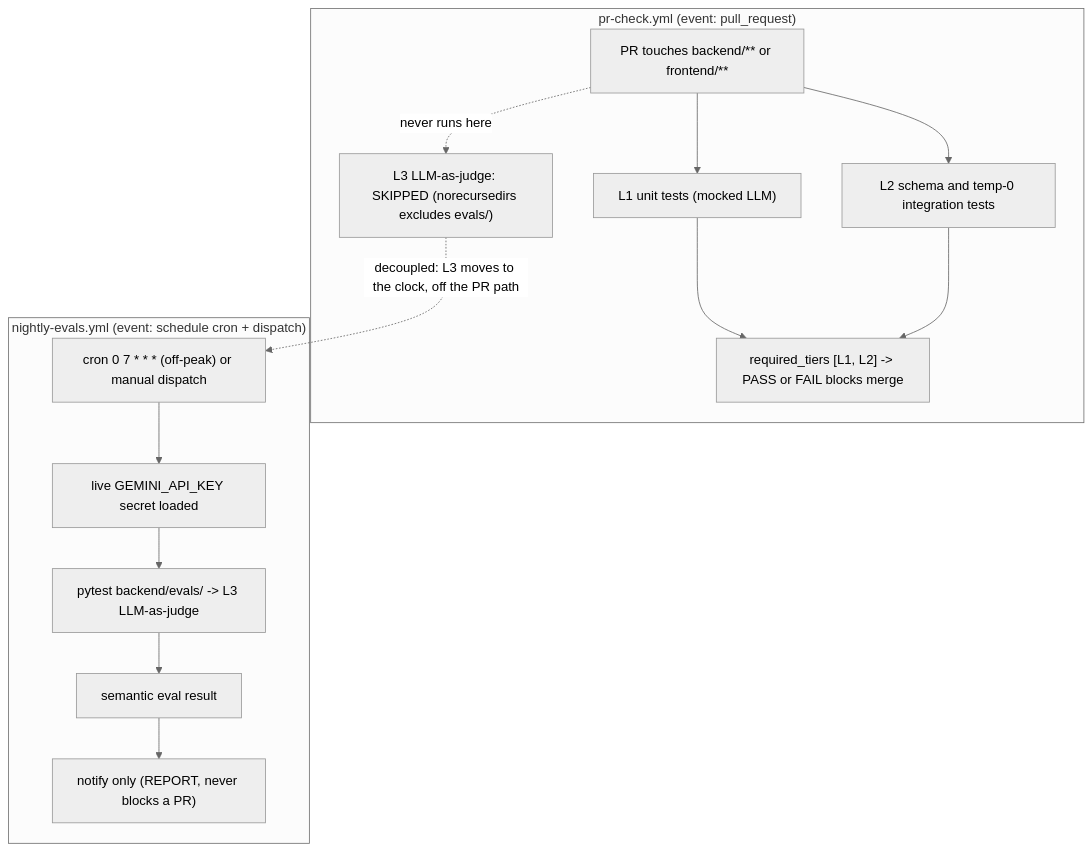
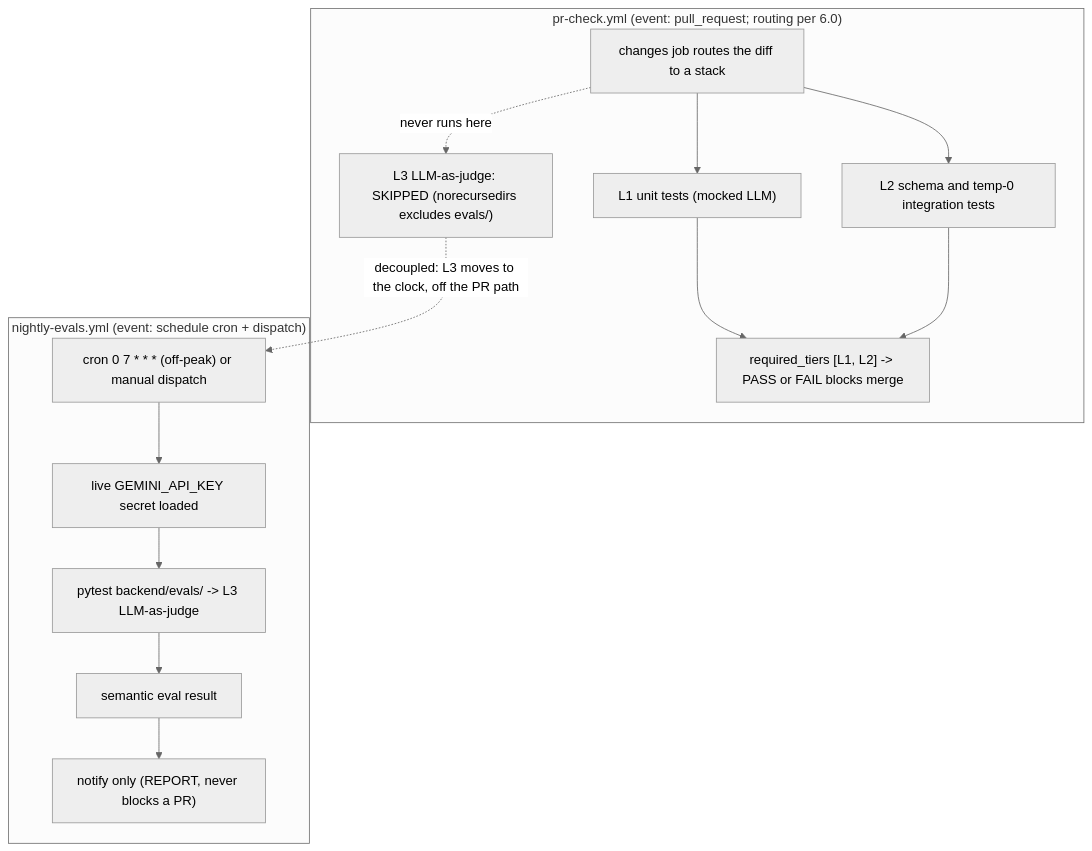
Before and after one commit to sudomadhatter/Sudo_Hatter_Command: diagram 11 of 13 in docs/_scc_sops_prds/tea_testing_guide.md, drawn with Mermaid (neutral theme). The commit also changed other lines of this file and 6 other files, not shown here.

````diff
--- a/docs/_scc_sops_prds/tea_testing_guide.md
+++ b/docs/_scc_sops_prds/tea_testing_guide.md
@@ -557,27 +671,27 @@
 ```mermaid
 flowchart TD
-    subgraph PRGATE ["pr-check.yml (event: pull_request)"]
-        P1["PR touches backend/** or frontend/**"]
+    subgraph PRGATE ["pr-check.yml (event: pull_request; routing per 6.0)"]
+        P1["changes job routes the diff to a stack"]
         P2["L1 unit tests (mocked LLM)"]
         P3["L2 schema and temp-0 integration tests"]
         P4["required_tiers [L1, L2] -> PASS or FAIL blocks merge"]
         P5["L3 LLM-as-judge: SKIPPED (norecursedirs excludes evals/)"]
         P1 --> P2
         P1 --> P3
         P2 --> P4
         P3 --> P4
         P1 -.->|"never runs here"| P5
     end
     subgraph NIGHTLY ["nightly-evals.yml (event: schedule cron + dispatch)"]
         N1["cron 0 7 * * * (off-peak) or manual dispatch"]
         N2["live GEMINI_API_KEY secret loaded"]
         N3["pytest backend/evals/ -> L3 LLM-as-judge"]
         N4["semantic eval result"]
         N5["notify only (REPORT, never blocks a PR)"]
         N1 --> N2
         N2 --> N3
         N3 --> N4
         N4 --> N5
     end
     P5 -.->|"decoupled: L3 moves to the clock, off the PR path"| N1
 ```
````
